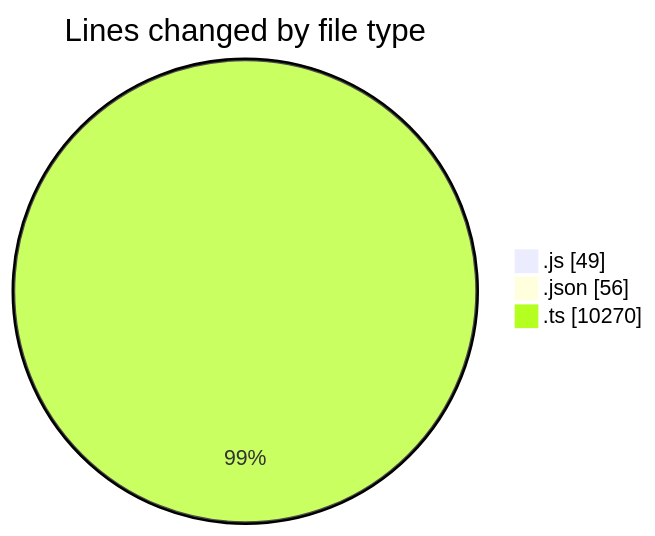
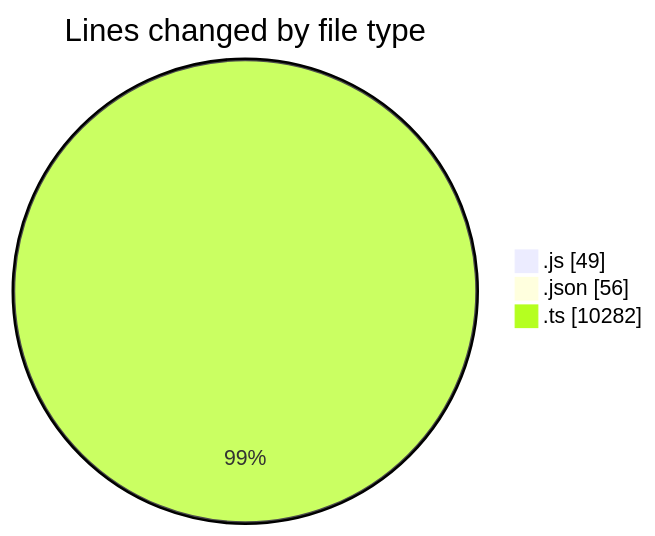
One commit to momahboobian/code-tracking changed the first of 2 diagrams in 2025-09-04/cda/README.md. Above: the diagram before and after it, drawn with Mermaid. The commit also changed other lines of this file and 1 other file, not shown here.

````diff
--- a/2025-09-04/cda/README.md
+++ b/2025-09-04/cda/README.md
@@ -24,7 +24,7 @@
 ```mermaid
 pie showData
 title Lines changed by file type
 ".js" : 49
 ".json" : 56
-".ts" : 10270
+".ts" : 10282
 ```
````
